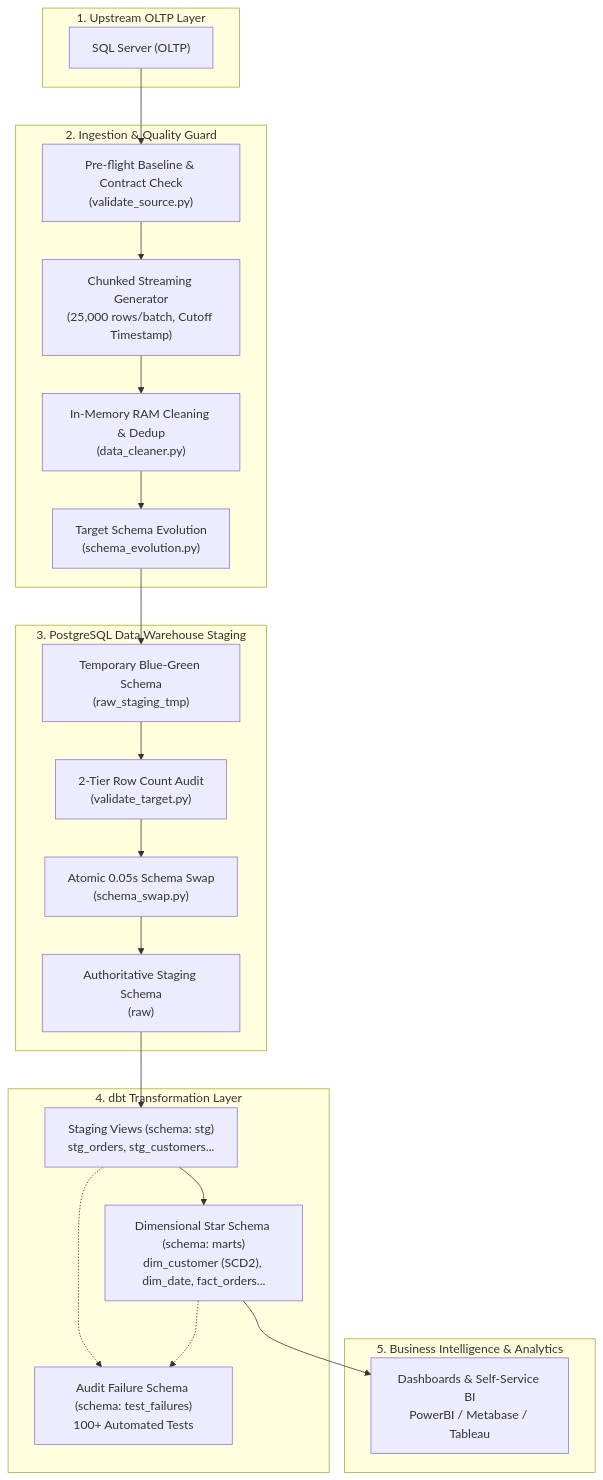
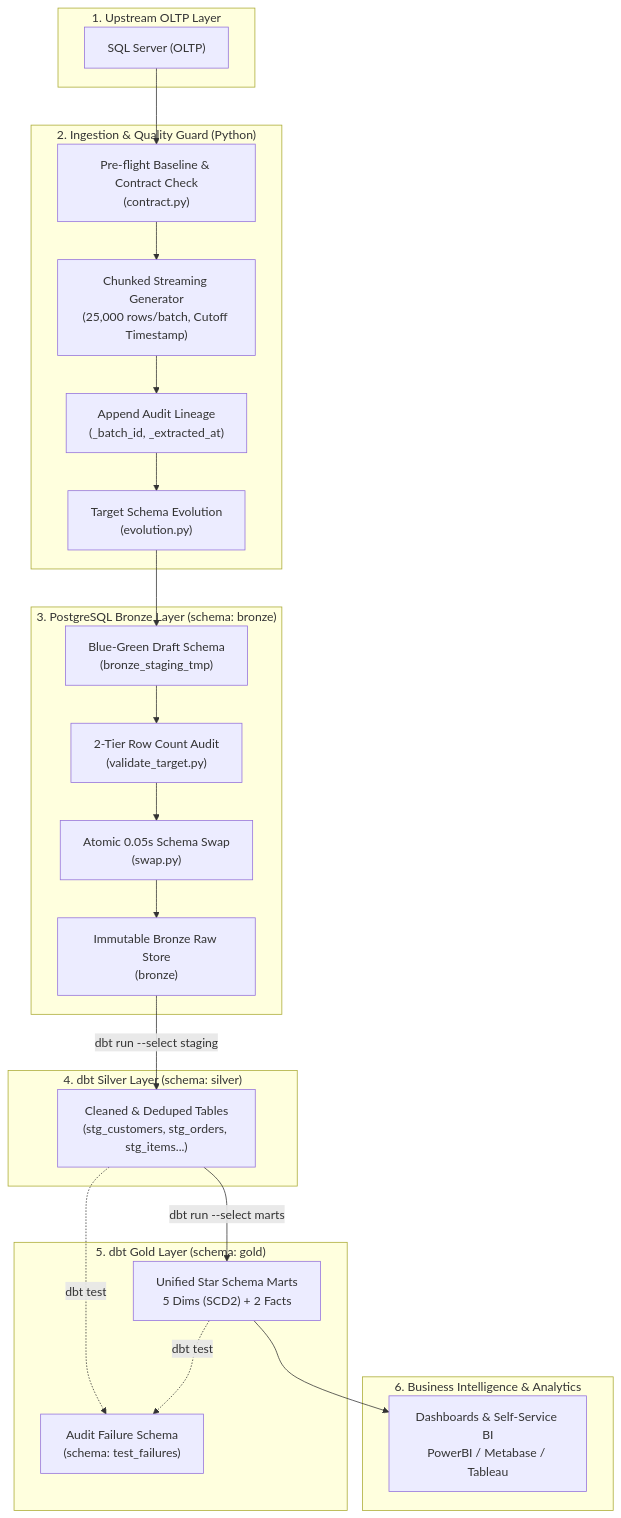
The first of 2 diagrams in README.md (phamminhtoan318-max/etl_ecommerce_data), drawn with Mermaid before and after one commit. The commit also changed other lines of this file, not shown here.

Commit message:
docs: update README with Medallion architecture, unified logging, and schema specifications

````diff
--- a/README.md
+++ b/README.md
@@ -114,43 +115,46 @@
 ```mermaid
 flowchart TD
     subgraph S1["1. Upstream OLTP Layer"]
         SS["SQL Server (OLTP)"]
     end
 
-    subgraph S2["2. Ingestion & Quality Guard"]
-        BC["Pre-flight Baseline & Contract Check<br/>(validate_source.py)"]
+    subgraph S2["2. Ingestion & Quality Guard (Python)"]
+        BC["Pre-flight Baseline & Contract Check<br/>(contract.py)"]
         EX["Chunked Streaming Generator<br/>(25,000 rows/batch, Cutoff Timestamp)"]
-        CL["In-Memory RAM Cleaning & Dedup<br/>(data_cleaner.py)"]
-        SE["Target Schema Evolution<br/>(schema_evolution.py)"]
+        META["Append Audit Lineage<br/>(_batch_id, _extracted_at)"]
+        SE["Target Schema Evolution<br/>(evolution.py)"]
         SS --> BC
         BC --> EX
-        EX --> CL
-        CL --> SE
+        EX --> META
+        META --> SE
     end
 
-    subgraph S3["3. PostgreSQL Data Warehouse Staging"]
-        TMP["Temporary Blue-Green Schema<br/>(raw_staging_tmp)"]
+    subgraph S3["3. PostgreSQL Bronze Layer (schema: bronze)"]
+        TMP["Blue-Green Draft Schema<br/>(bronze_staging_tmp)"]
         AUD["2-Tier Row Count Audit<br/>(validate_target.py)"]
-        SWP["Atomic 0.05s Schema Swap<br/>(schema_swap.py)"]
-        RAW["Authoritative Staging Schema<br/>(raw)"]
+        SWP["Atomic 0.05s Schema Swap<br/>(swap.py)"]
+        BRZ["Immutable Bronze Raw Store<br/>(bronze)"]
         SE --> TMP
         TMP --> AUD
         AUD --> SWP
-        SWP --> RAW
+        SWP --> BRZ
     end
 
-    subgraph S4["4. dbt Transformation Layer"]
-        STG["Staging Views (schema: stg)<br/>stg_orders, stg_customers..."]
-        MRT["Dimensional Star Schema (schema: marts)<br/>dim_customer (SCD2), dim_date, fact_orders..."]
-        TST["Audit Failure Schema (schema: test_failures)<br/>100+ Automated Tests"]
-        RAW --> STG
-        STG --> MRT
-        STG -.-> TST
-        MRT -.-> TST
+    subgraph S4["4. dbt Silver Layer (schema: silver)"]
+        STG["Cleaned & Deduped Tables<br/>(stg_customers, stg_orders, stg_items...)"]
+        BRZ -->|"dbt run --select staging"| STG
     end
 
-    subgraph S5["5. Business Intelligence & Analytics"]
+    subgraph S5["5. dbt Gold Layer (schema: gold)"]
+        GOLD["Unified Star Schema Marts<br/>5 Dims (SCD2) + 2 Facts"]
+        TST["Audit Failure Schema<br/>(schema: test_failures)"]
+        STG -->|"dbt run --select marts"| GOLD
+        STG -.->|"dbt test"| TST
+        GOLD -.->|"dbt test"| TST
+    end
+
+    subgraph S6["6. Business Intelligence & Analytics"]
         BI["Dashboards & Self-Service BI<br/>PowerBI / Metabase / Tableau"]
-        MRT --> BI
+        GOLD --> BI
     end
 ```
````
